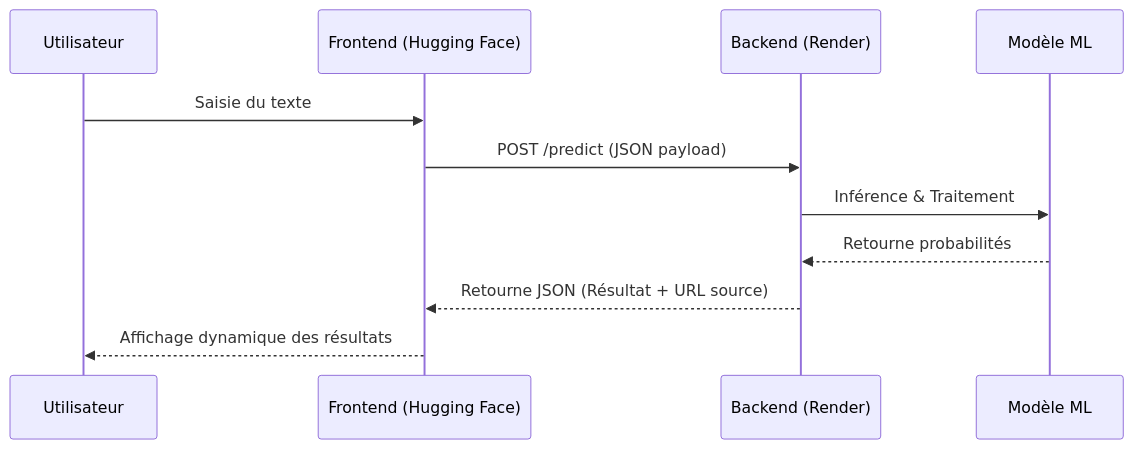
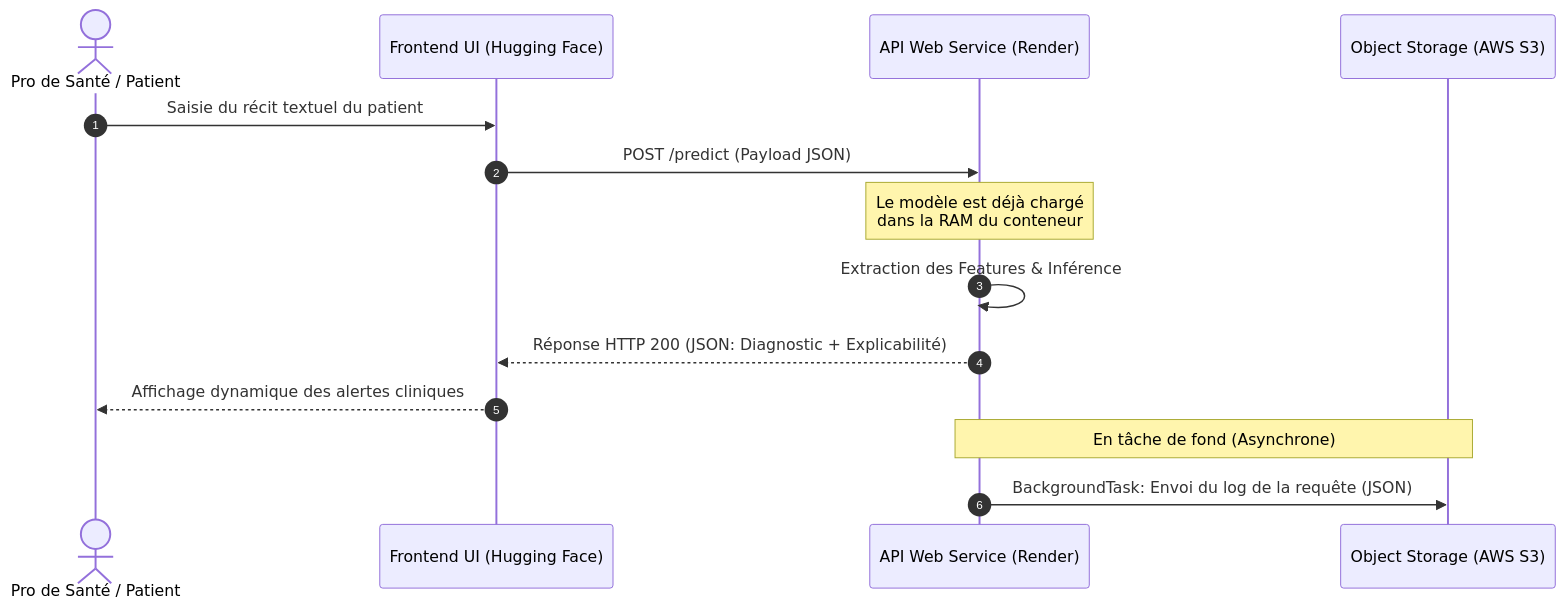
Before and after one commit to NicoM59/dsl-od-17-samd-nicolas-finalproject-ml-pipeline: the first of 3 diagrams in README.md, drawn with Mermaid. The commit also changed other lines of this file, not shown here.

First line of the commit message:
Enhance README with architecture and sequence diagrams

````diff
--- a/README.md
+++ b/README.md
@@ -8,14 +1,20 @@
 ```mermaid
+
 sequenceDiagram
-    participant User as Utilisateur
-    participant HF as Frontend (Hugging Face)
-    participant API as Backend (Render)
-    participant Model as Modèle ML
+    autonumber
+    actor User as Pro de Santé / Patient
+    participant HF as Frontend UI (Hugging Face)
+    participant Render as API Web Service (Render)
+    participant S3 as Object Storage (AWS S3)
 
-    User->>HF: Saisie du texte
-    HF->>API: POST /predict (JSON payload)
-    API->>Model: Inférence & Traitement
-    Model-->>API: Retourne probabilités
-    API-->>HF: Retourne JSON (Résultat + URL source)
-    HF-->>User: Affichage dynamique des résultats
+    User->>HF: Saisie du récit textuel du patient
+    HF->>Render: POST /predict (Payload JSON)
+    Note over Render: Le modèle est déjà chargé<br/>dans la RAM du conteneur
+    Render->>Render: Extraction des Features & Inférence
+    Render-->>HF: Réponse HTTP 200 (JSON: Diagnostic + Explicabilité)
+    HF-->>User: Affichage dynamique des alertes cliniques
+
+    Note over Render, S3: En tâche de fond (Asynchrone)
+    Render->>S3: BackgroundTask: Envoi du log de la requête (JSON)
+
 ```
````
